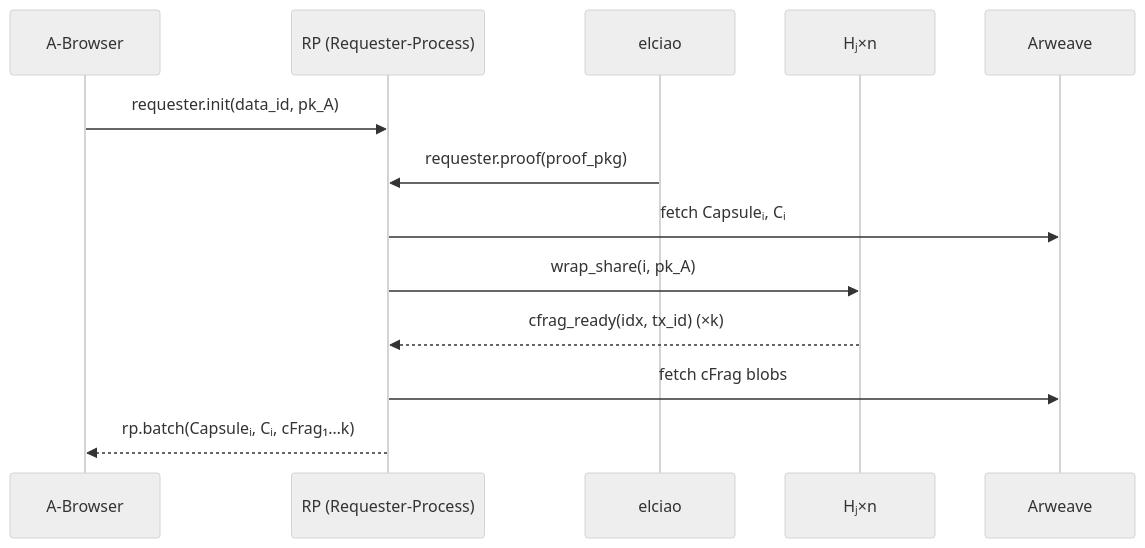
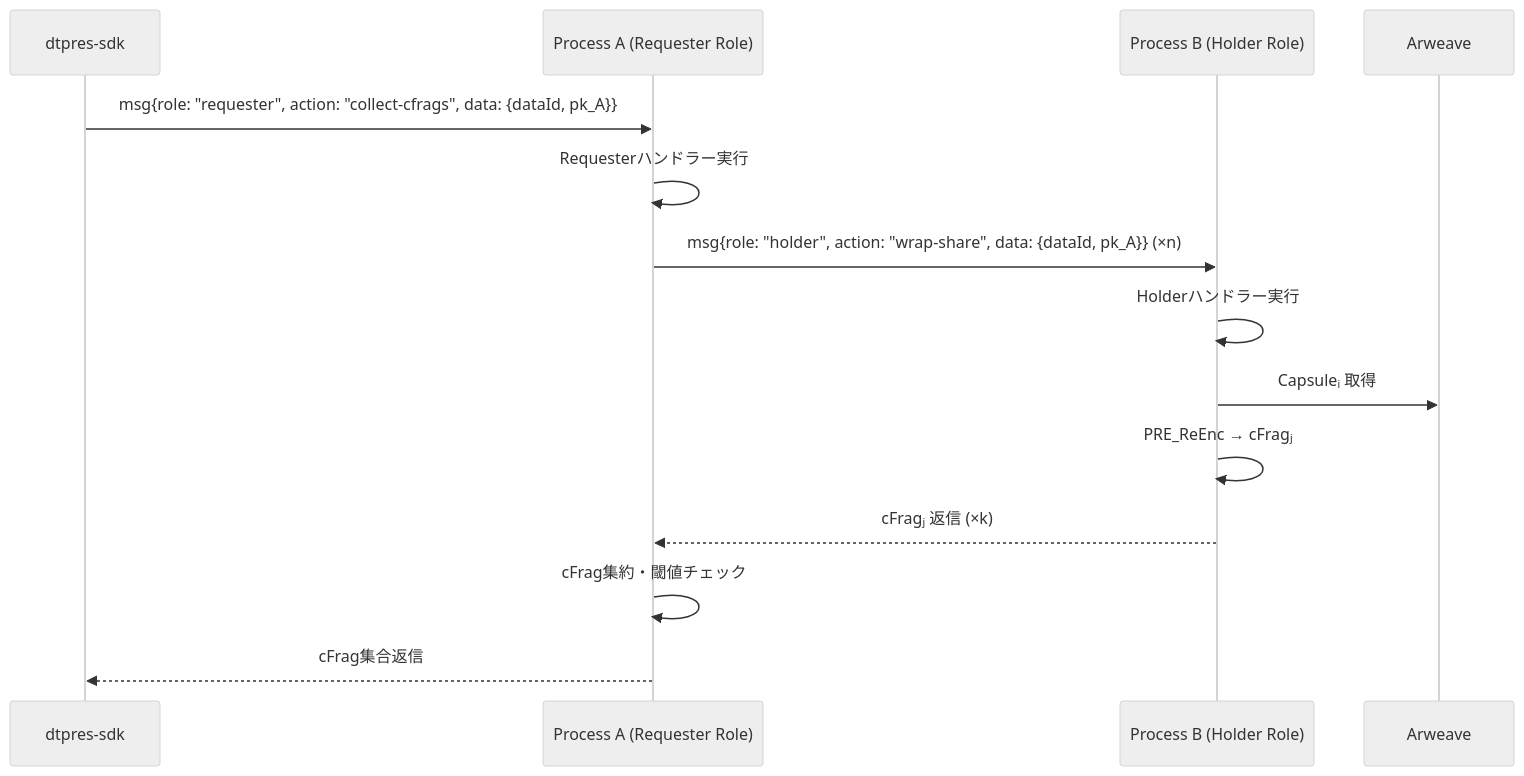
Before and after one commit to shodaimomiyama/D-TPRES: the diagram in docs/features/Requester‑Process.md, drawn with Mermaid (neutral theme). The commit also changed other lines of this file and 9 other files, not shown here.

````diff
--- a/docs/features/Requester‑Process.md
+++ b/docs/features/Requester‑Process.md
@@ -53,16 +62,17 @@
 ```mermaid
 sequenceDiagram
-    participant AB as A-Browser
-    participant RP as RP (Requester-Process)
-    participant EL as elciao
-    participant H as Hⱼ×n
+    participant SDK as dtpres-sdk
+    participant RP as Process A (Requester Role)
+    participant HP as Process B (Holder Role)
     participant AR as Arweave
 
-    AB->>RP: requester.init(data_id, pk_A)
-    EL->>RP: requester.proof(proof_pkg)
-    RP->>AR: fetch Capsuleᵢ, Cᵢ
-    RP->>H: wrap_share(i, pk_A)
-    H-->>RP: cfrag_ready(idx, tx_id)  (×k)
-    RP->>AR: fetch cFrag blobs
-    RP-->>AB: rp.batch(Capsuleᵢ, Cᵢ, cFrag₁…k)
+    SDK->>RP: msg{role: "requester", action: "collect-cfrags", data: {dataId, pk_A}}
+    RP->>RP: Requesterハンドラー実行
+    RP->>HP: msg{role: "holder", action: "wrap-share", data: {dataId, pk_A}} (×n)
+    HP->>HP: Holderハンドラー実行
+    HP->>AR: Capsuleᵢ 取得
+    HP->>HP: PRE_ReEnc → cFragⱼ
+    HP-->>RP: cFragⱼ 返信 (×k)
+    RP->>RP: cFrag集約・閾値チェック
+    RP-->>SDK: cFrag集合返信
 ```
````
